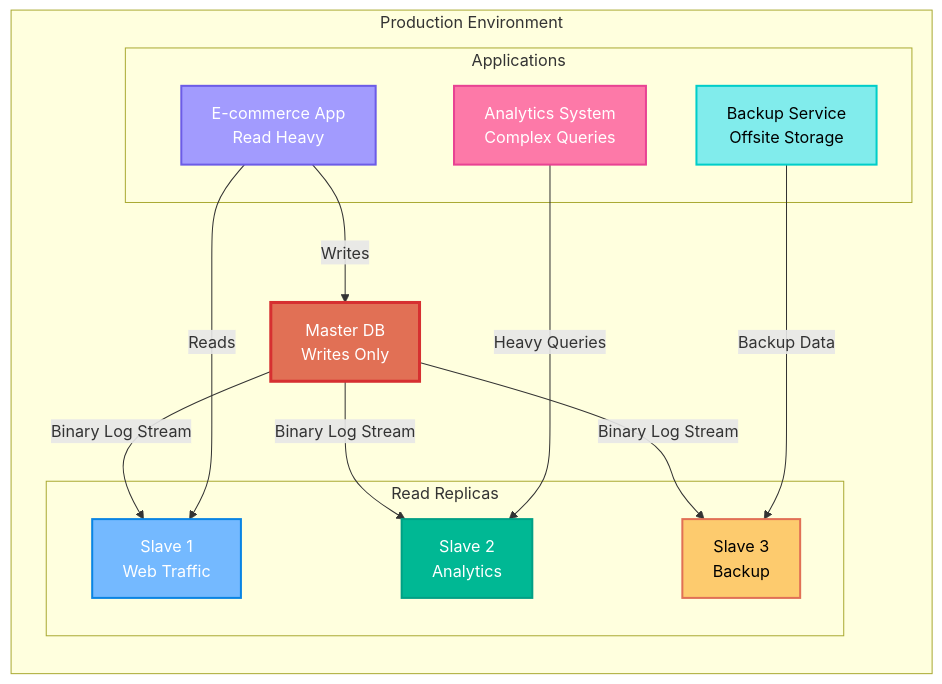
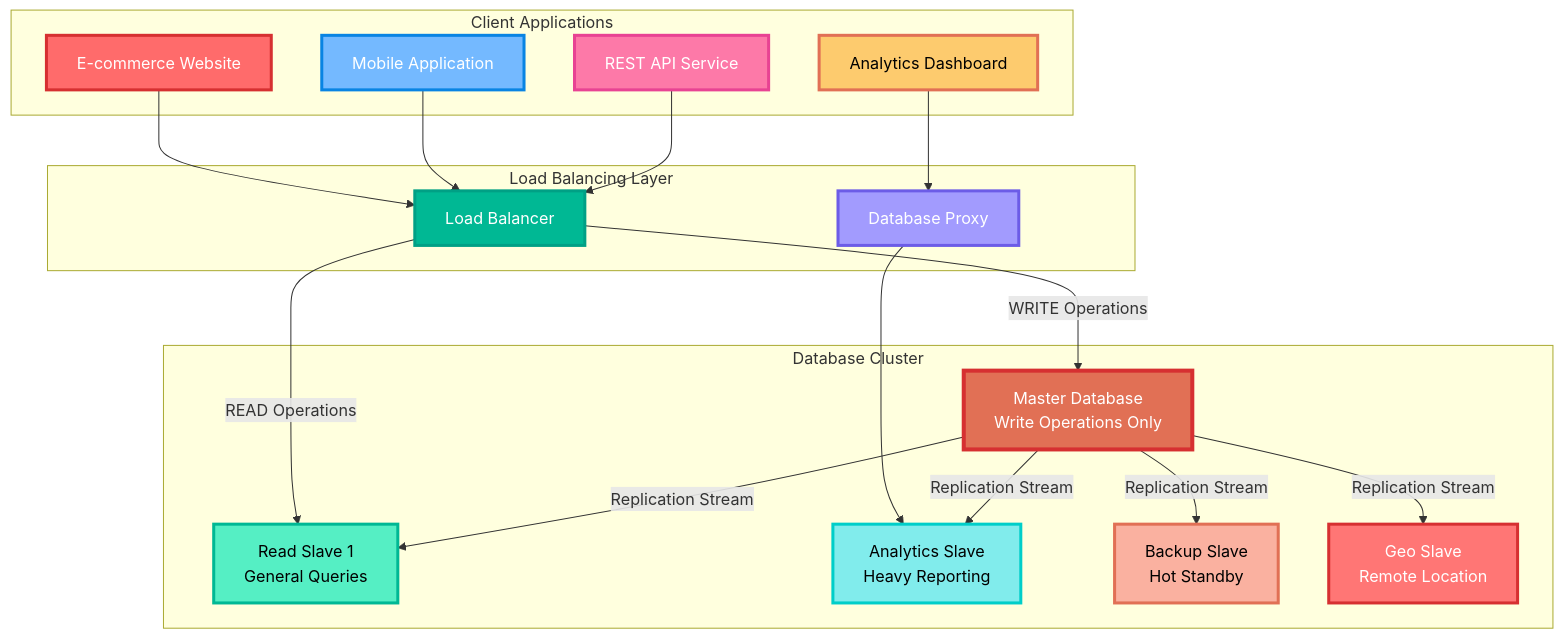
The seventh of 8 diagrams in master_slave.md (ngockhanhvd2812/DBA), drawn with Mermaid before and after one commit. The commit also changed other lines of this file, not shown here.

````diff
--- a/master_slave.md
+++ b/master_slave.md
@@ -232,35 +295,50 @@
 ```mermaid
-flowchart LR
-    subgraph "Production Environment"
-        Master[Master DB<br/>Writes Only]
-        
-        subgraph "Read Replicas"
-            Slave1[Slave 1<br/>Web Traffic]
-            Slave2[Slave 2<br/>Analytics]
-            Slave3[Slave 3<br/>Backup]
-        end
-        
-        subgraph "Applications"
-            WebApp[E-commerce App<br/>Read Heavy]
-            Analytics[Analytics System<br/>Complex Queries]
-            Backup[Backup Service<br/>Offsite Storage]
-        end
+flowchart TD
+    subgraph "Client Applications"
+        WebApp[E-commerce Website]
+        Analytics[Analytics Dashboard]
+        Mobile[Mobile Application]
+        API[REST API Service]
     end
     
-    Master -->|Binary Log Stream| Slave1
-    Master -->|Binary Log Stream| Slave2
-    Master -->|Binary Log Stream| Slave3
-    
-    WebApp -->|Writes| Master
-    WebApp -->|Reads| Slave1
-    Analytics -->|Heavy Queries| Slave2
-    Backup -->|Backup Data| Slave3
-    
-    style Master fill:#e17055,stroke:#d63031,stroke-width:3px,color:#fff
-    style Slave1 fill:#74b9ff,stroke:#0984e3,stroke-width:2px,color:#fff
-    style Slave2 fill:#00b894,stroke:#00a085,stroke-width:2px,color:#fff
-    style Slave3 fill:#fdcb6e,stroke:#e17055,stroke-width:2px,color:#000
-    style WebApp fill:#a29bfe,stroke:#6c5ce7,stroke-width:2px,color:#fff
-    style Analytics fill:#fd79a8,stroke:#e84393,stroke-width:2px,color:#fff
-    style Backup fill:#81ecec,stroke:#00cec9,stroke-width:2px,color:#000
+    subgraph "Load Balancing Layer"
+        LB[Load Balancer]
+        Proxy[Database Proxy]
+    end
+
+    subgraph "Database Cluster"
+        Master[Master Database<br/>Write Operations Only]
+        Slave1[Read Slave 1<br/>General Queries]
+        Slave2[Analytics Slave<br/>Heavy Reporting]
+        Slave3[Backup Slave<br/>Hot Standby]
+        Slave4[Geo Slave<br/>Remote Location]
+    end
+
+    WebApp --> LB
+    Mobile --> LB
+    API --> LB
+    Analytics --> Proxy
+    Proxy --> Slave2
+
+    LB -->|WRITE Operations| Master
+    LB -->|READ Operations| Slave1
+
+    Master -->|Replication Stream| Slave1
+    Master -->|Replication Stream| Slave2
+    Master -->|Replication Stream| Slave3
+    Master -->|Replication Stream| Slave4
+
+    %% Styling với nhiều màu sắc
+    style WebApp fill:#ff6b6b,stroke:#d63031,stroke-width:3px,color:white
+    style Mobile fill:#74b9ff,stroke:#0984e3,stroke-width:3px,color:white
+    style API fill:#fd79a8,stroke:#e84393,stroke-width:3px,color:white
+    style Analytics fill:#fdcb6e,stroke:#e17055,stroke-width:3px,color:black
+    style LB fill:#00b894,stroke:#00a085,stroke-width:3px,color:white
+    style Proxy fill:#a29bfe,stroke:#6c5ce7,stroke-width:3px,color:white
+    style Master fill:#e17055,stroke:#d63031,stroke-width:4px,color:white
+    style Slave1 fill:#55efc4,stroke:#00b894,stroke-width:3px,color:black
+    style Slave2 fill:#81ecec,stroke:#00cec9,stroke-width:3px,color:black
+    style Slave3 fill:#fab1a0,stroke:#e17055,stroke-width:3px,color:black
+    style Slave4 fill:#ff7675,stroke:#d63031,stroke-width:3px,color:white
+
 ```
````
